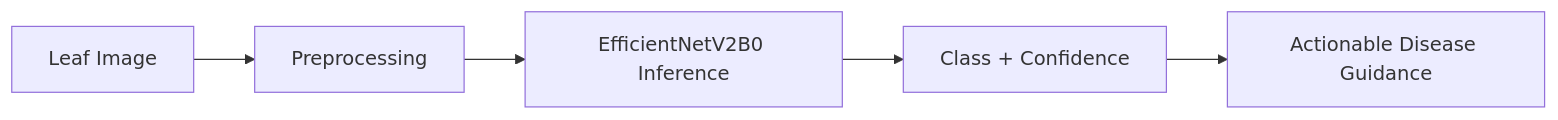
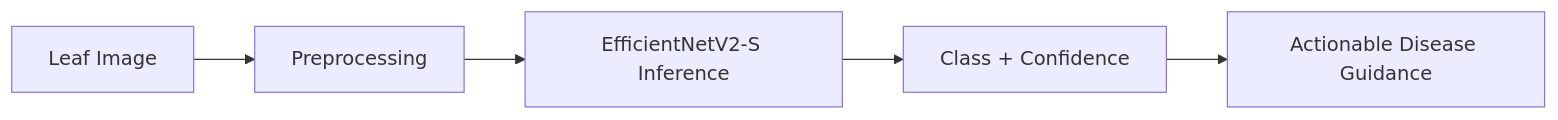
One commit to ItzSwapnil/Leaf_Disease_Detection changed the diagram in README.md. Above: the diagram before and after it, drawn with Mermaid. The commit also changed other lines of this file and 45 other files, not shown here.

````diff
--- a/README.md
+++ b/README.md
@@ -38,7 +38,7 @@
 ```mermaid
 flowchart LR
-  A[Leaf Image] --> B[Preprocessing]
-  B --> C[EfficientNetV2B0 Inference]
-  C --> D[Class + Confidence]
-  D --> E[Actionable Disease Guidance]
+  A["Leaf Image"] --> B["Preprocessing"]
+  B --> C["EfficientNetV2-S Inference"]
+  C --> D["Class + Confidence"]
+  D --> E["Actionable Disease Guidance"]
 ```
````
